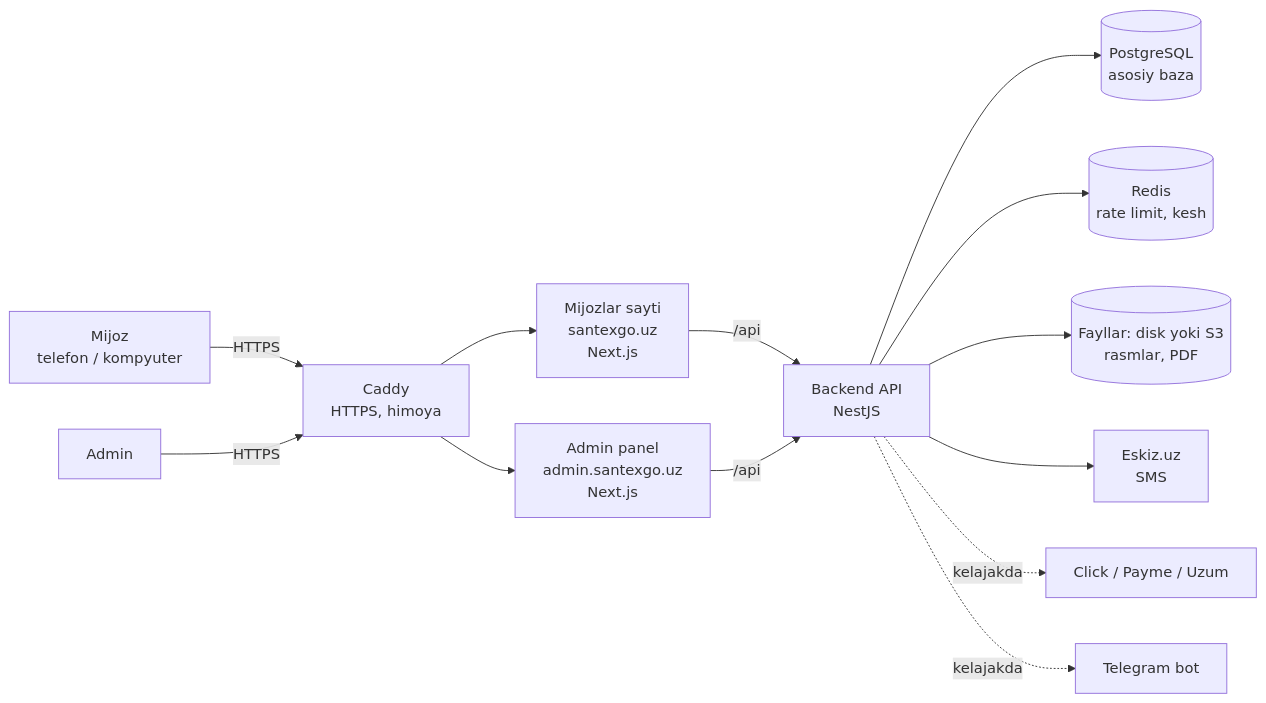
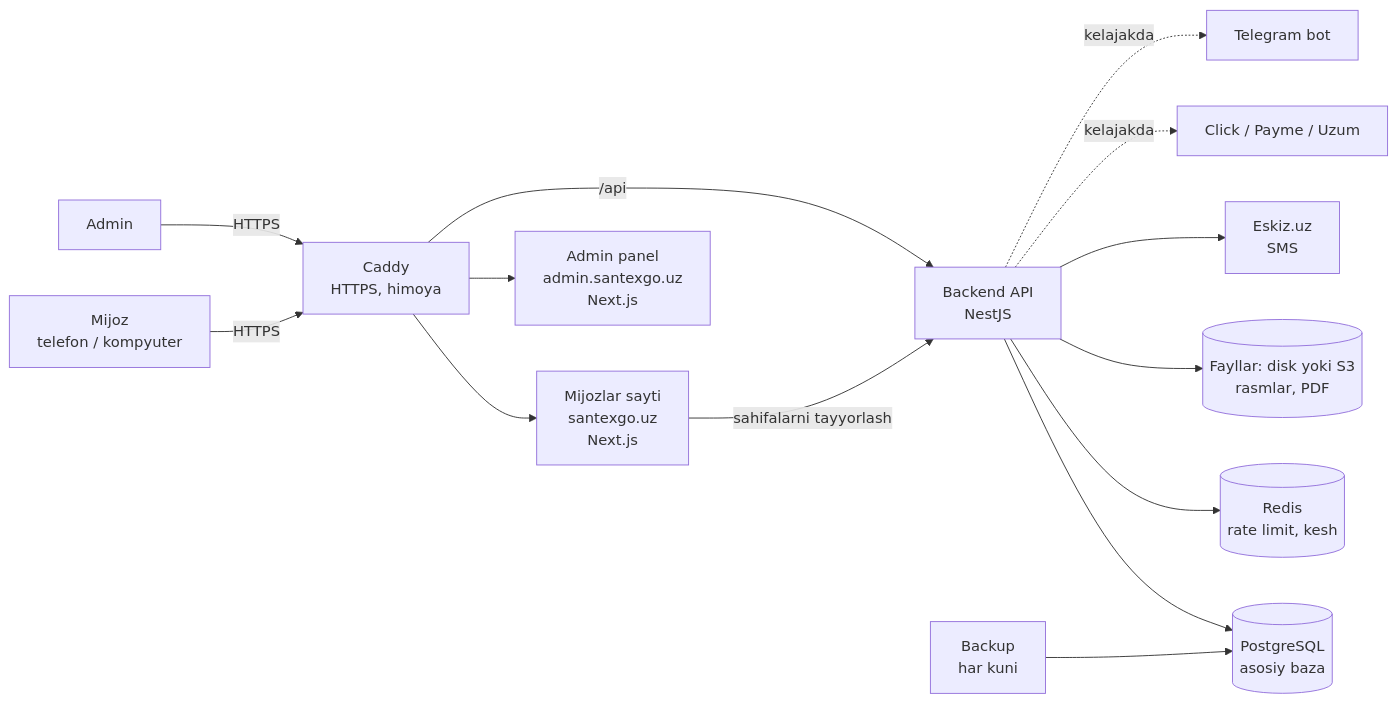
The first of 7 diagrams in docs/ARXITEKTURA.md (aabduganiyev002-debug/santexgo), drawn with Mermaid before and after one commit. The commit also changed other lines of this file and 5 other files, not shown here.

````diff
--- a/docs/ARXITEKTURA.md
+++ b/docs/ARXITEKTURA.md
@@ -26,15 +26,16 @@
 ```mermaid
 flowchart LR
     M[Mijoz<br/>telefon / kompyuter] -->|HTTPS| C
     A[Admin] -->|HTTPS| C
     C[Caddy<br/>HTTPS, himoya] --> W[Mijozlar sayti<br/>santexgo.uz<br/>Next.js]
     C --> AD[Admin panel<br/>admin.santexgo.uz<br/>Next.js]
-    W -->|/api| API
-    AD -->|/api| API
+    C -->|/api| API
+    W -->|sahifalarni tayyorlash| API
     API[Backend API<br/>NestJS] --> PG[(PostgreSQL<br/>asosiy baza)]
     API --> R[(Redis<br/>rate limit, kesh)]
     API --> S3[(Fayllar: disk yoki S3<br/>rasmlar, PDF)]
     API --> SMS[Eskiz.uz<br/>SMS]
+    BK[Backup<br/>har kuni] --> PG
     API -.kelajakda.-> PAY[Click / Payme / Uzum]
     API -.kelajakda.-> TG[Telegram bot]
 ```
````
